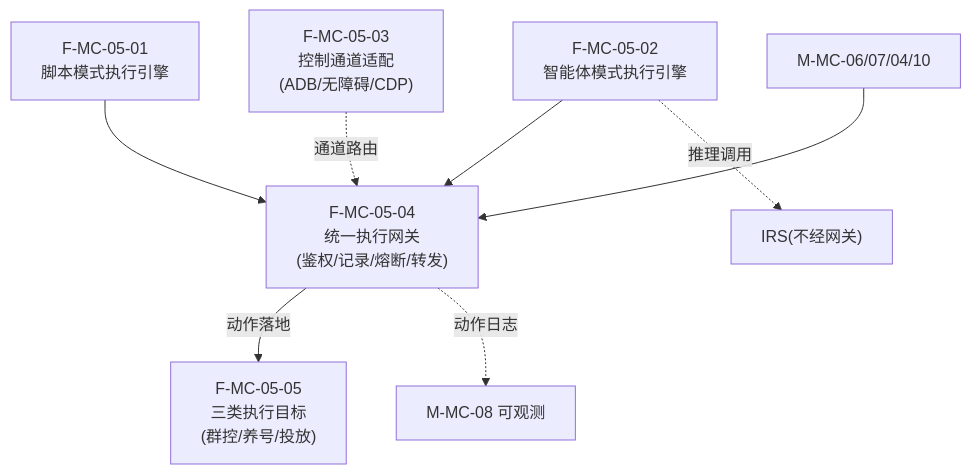
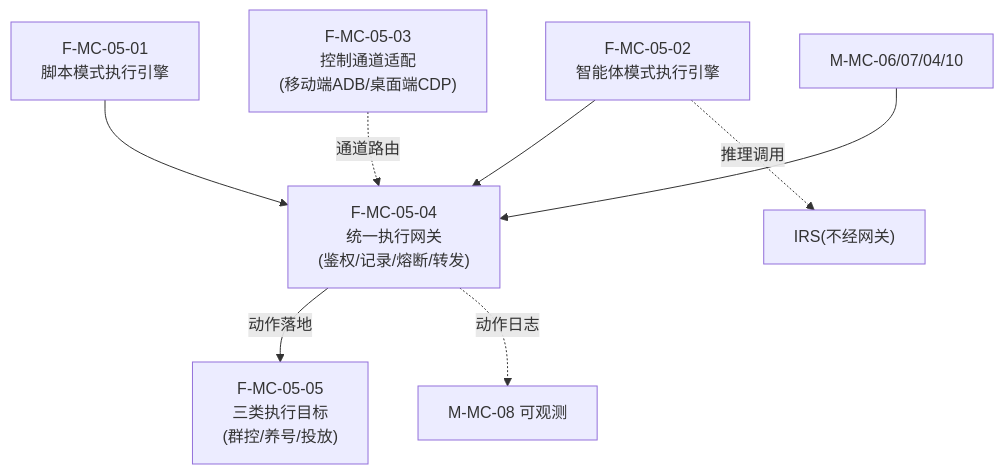
Before and after one commit to Sj-g/obsidian: diagram 15 of 47 in 公司项目/认知作战/文档/软件概要设计-架构图.md, drawn with Mermaid. The commit also changed other lines of this file and 1 other file, not shown here.

````diff
--- a/公司项目/认知作战/文档/软件概要设计-架构图.md
+++ b/公司项目/认知作战/文档/软件概要设计-架构图.md
@@ -374,16 +374,16 @@
 ```mermaid
 flowchart TB
     F0501["F-MC-05-01<br/>脚本模式执行引擎"]
     F0502["F-MC-05-02<br/>智能体模式执行引擎"]
-    F0503["F-MC-05-03<br/>控制通道适配<br/>(ADB/无障碍/CDP)"]
+    F0503["F-MC-05-03<br/>控制通道适配<br/>(移动端ADB/桌面端CDP)"]
     F0504["F-MC-05-04<br/>统一执行网关<br/>(鉴权/记录/熔断/转发)"]
     F0505["F-MC-05-05<br/>三类执行目标<br/>(群控/养号/投放)"]
 
     F0501 --> F0504
     F0502 --> F0504
     F0503 -.->|"通道路由"| F0504
     F0504 -->|"动作落地"| F0505
     F0502 -.->|"推理调用"| IRS["IRS(不经网关)"]
     EXT["M-MC-06/07/04/10"] --> F0504
     F0504 -.->|"动作日志"| EXT2["M-MC-08 可观测"]
 ```
````
